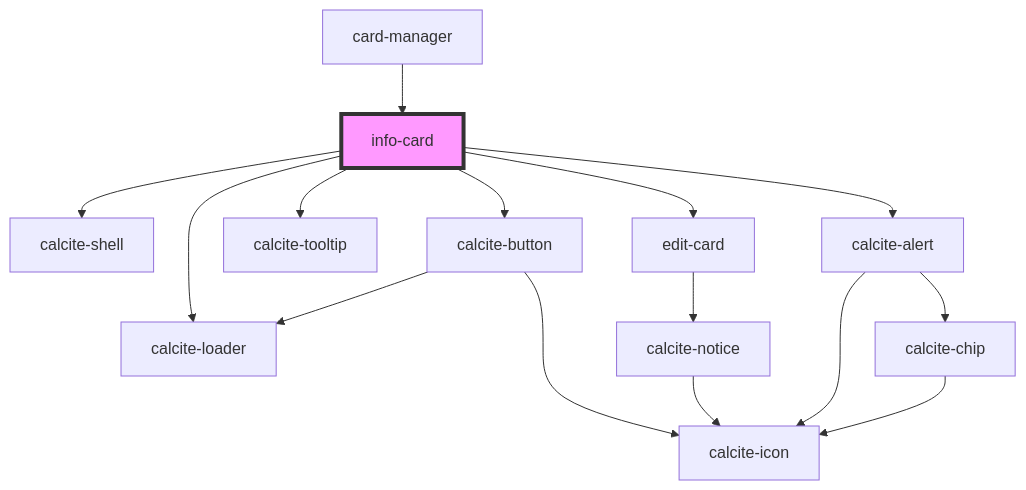
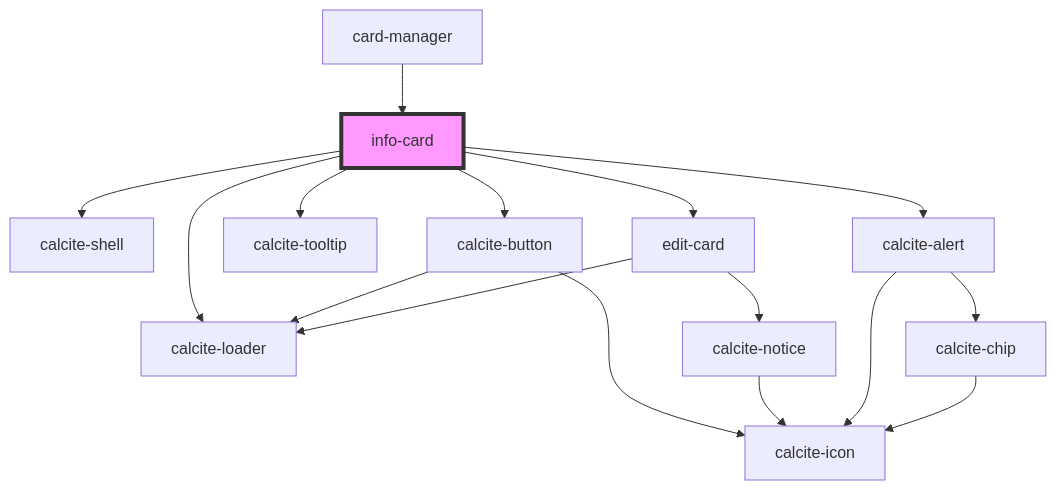
The diagram in src/components/info-card/readme.md (Esri/solutions-components), drawn with Mermaid before and after one commit. The commit also changed 4 other files, not shown here.

````diff
--- a/src/components/info-card/readme.md
+++ b/src/components/info-card/readme.md
@@ -54,18 +54,19 @@
 ```mermaid
 graph TD;
   info-card --> calcite-shell
   info-card --> calcite-loader
   info-card --> calcite-button
   info-card --> calcite-tooltip
   info-card --> edit-card
   info-card --> calcite-alert
   calcite-button --> calcite-loader
   calcite-button --> calcite-icon
   edit-card --> calcite-notice
+  edit-card --> calcite-loader
   calcite-notice --> calcite-icon
   calcite-alert --> calcite-icon
   calcite-alert --> calcite-chip
   calcite-chip --> calcite-icon
   card-manager --> info-card
   style info-card fill:#f9f,stroke:#333,stroke-width:4px
 ```
````
